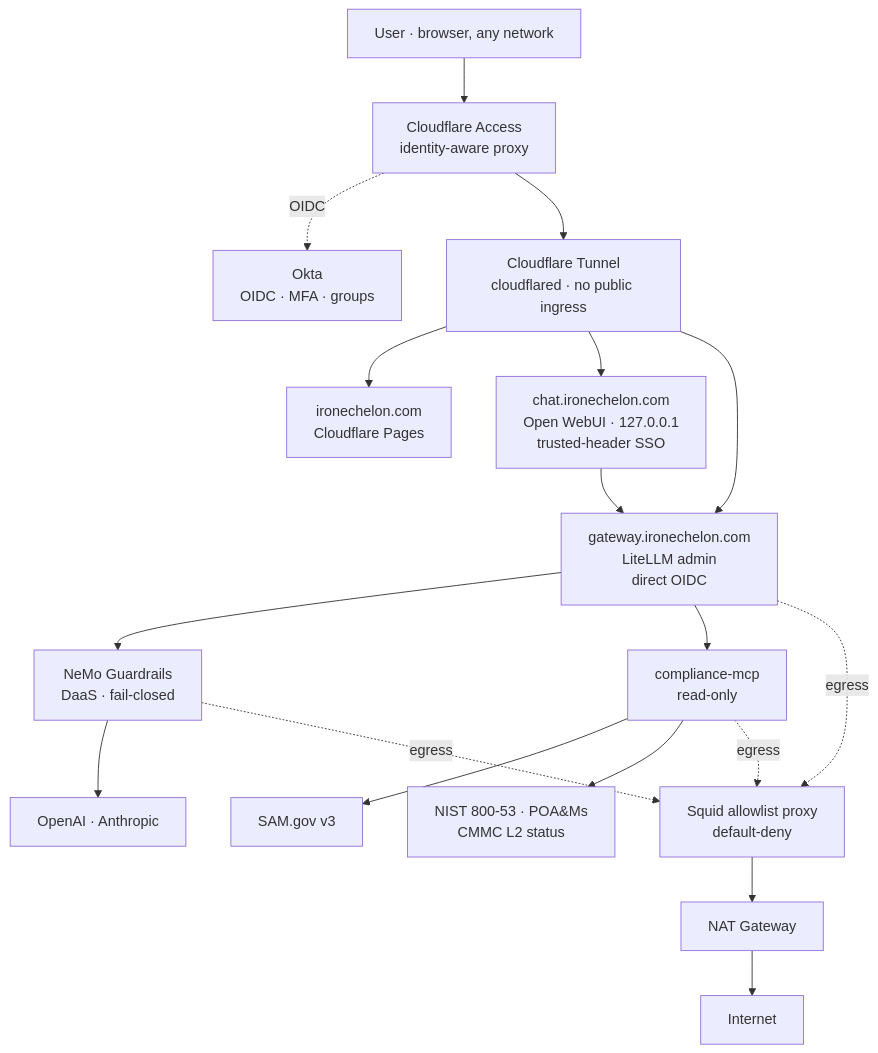
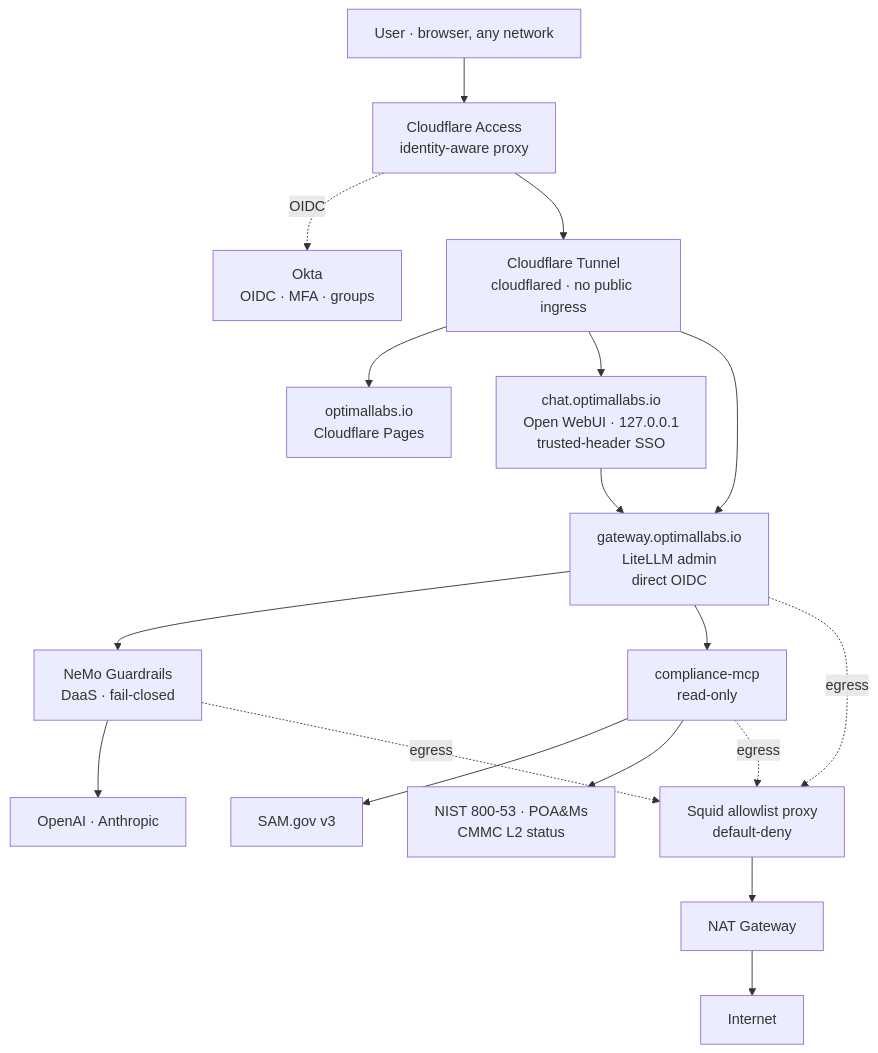
One commit to optimal-cyber/AI-Gateway changed the diagram in README.md. Above: the diagram before and after it, drawn with Mermaid. The commit also changed other lines of this file and 14 other files, not shown here.

````diff
--- a/README.md
+++ b/README.md
@@ -50,37 +50,37 @@
 ```mermaid
 graph TD
     U[User · browser, any network]
     CA[Cloudflare Access<br/>identity-aware proxy]
     OK[Okta<br/>OIDC · MFA · groups]
     CT[Cloudflare Tunnel<br/>cloudflared · no public ingress]
 
-    LAB["ironechelon.com<br/>Cloudflare Pages"]
-    CHAT["chat.ironechelon.com<br/>Open WebUI · 127.0.0.1<br/>trusted-header SSO"]
-    GW["gateway.ironechelon.com<br/>LiteLLM admin<br/>direct OIDC"]
+    LAB["optimallabs.io<br/>Cloudflare Pages"]
+    CHAT["chat.optimallabs.io<br/>Open WebUI · 127.0.0.1<br/>trusted-header SSO"]
+    GW["gateway.optimallabs.io<br/>LiteLLM admin<br/>direct OIDC"]
 
     NEMO[NeMo Guardrails<br/>DaaS · fail-closed]
     MCP[compliance-mcp<br/>read-only]
     PROVS["OpenAI · Anthropic"]
     SAM[SAM.gov v3]
     LOCAL[NIST 800-53 · POA&Ms<br/>CMMC L2 status]
 
     SQUID[Squid allowlist proxy<br/>default-deny]
     NAT[NAT Gateway]
     IGW[Internet]
 
     U --> CA
     CA -.OIDC.-> OK
     CA --> CT
     CT --> LAB
     CT --> CHAT
     CT --> GW
     CHAT --> GW
     GW --> NEMO --> PROVS
     GW --> MCP
     MCP --> SAM
     MCP --> LOCAL
     GW -. egress .-> SQUID
     MCP -. egress .-> SQUID
     NEMO -. egress .-> SQUID
     SQUID --> NAT --> IGW
 ```
````
